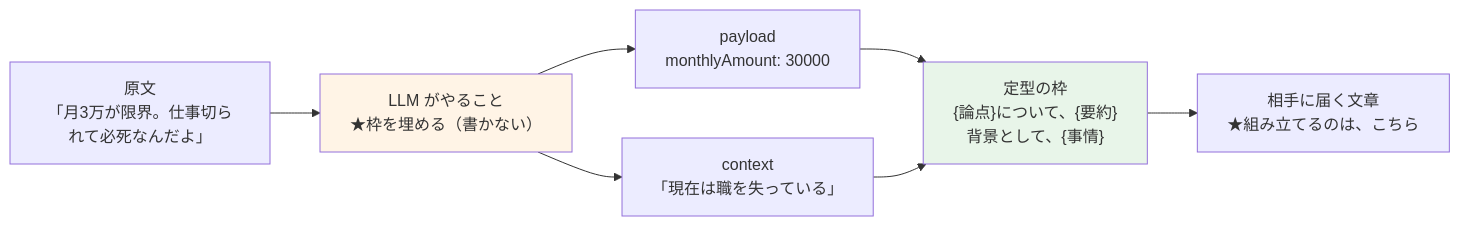
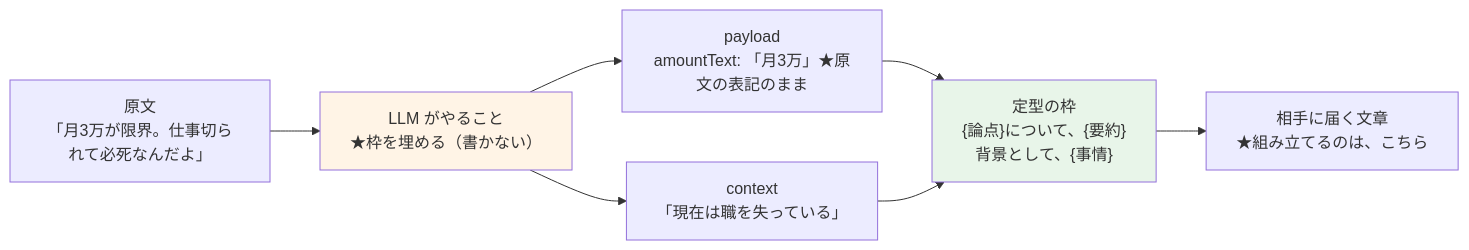
One commit to sugimomoto/AIHack changed the fifth of 8 diagrams in .steering/20260813-blog/draft_main.md. Above: the diagram before and after it, drawn with Mermaid. The commit also changed other lines of this file, not shown here.

````diff
--- a/.steering/20260813-blog/draft_main.md
+++ b/.steering/20260813-blog/draft_main.md
@@ -423,15 +421,15 @@
 ```mermaid
 flowchart LR
     RAW["原文<br/>「月3万が限界。仕事切られて必死なんだよ」"]
     RAW --> LLM["LLM がやること<br/>★枠を埋める（書かない）"]
 
-    LLM --> P["payload<br/>monthlyAmount: 30000"]
+    LLM --> P["payload<br/>amountText: 「月3万」★原文の表記のまま"]
     LLM --> C["context<br/>「現在は職を失っている」"]
 
     P --> T["定型の枠<br/>{論点}について、{要約}<br/>背景として、{事情}"]
     C --> T
     T --> OUT["相手に届く文章<br/>★組み立てるのは、こちら"]
 
     style LLM fill:#fff4e6
     style T fill:#e8f5e9
 ```
````
